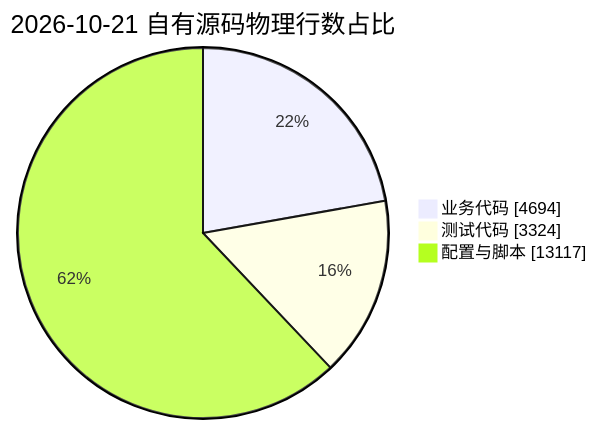
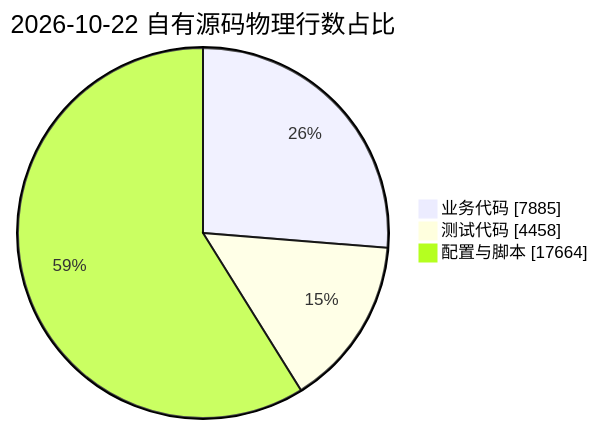
The third of 3 diagrams in README.md (JobsKits/WindowsOS_Extension), drawn with Mermaid before and after one commit. The commit also changed other lines of this file and 101 other files, not shown here.

````diff
--- a/README.md
+++ b/README.md
@@ -558,7 +587,7 @@
 ```mermaid
 pie showData
-    title 2026-10-21 自有源码物理行数占比
-    "业务代码" : 4694
-    "测试代码" : 3324
-    "配置与脚本" : 13117
+    title 2026-10-22 自有源码物理行数占比
+    "业务代码" : 7885
+    "测试代码" : 4458
+    "配置与脚本" : 17664
 ```
````
